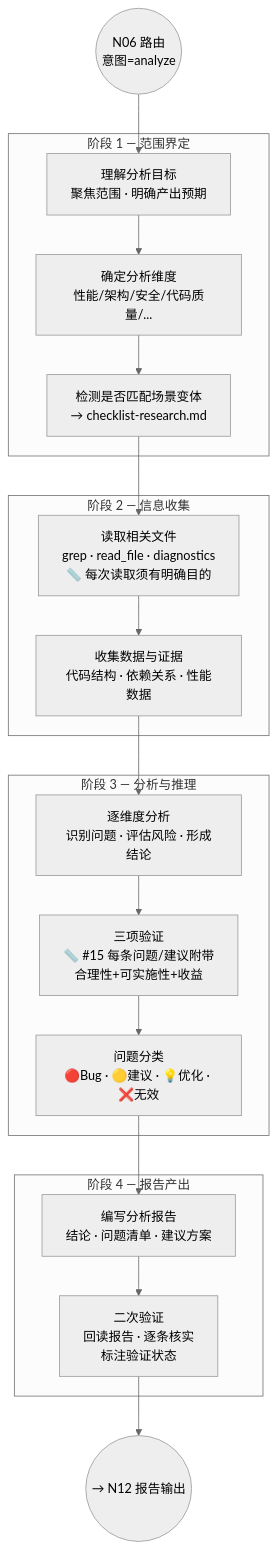
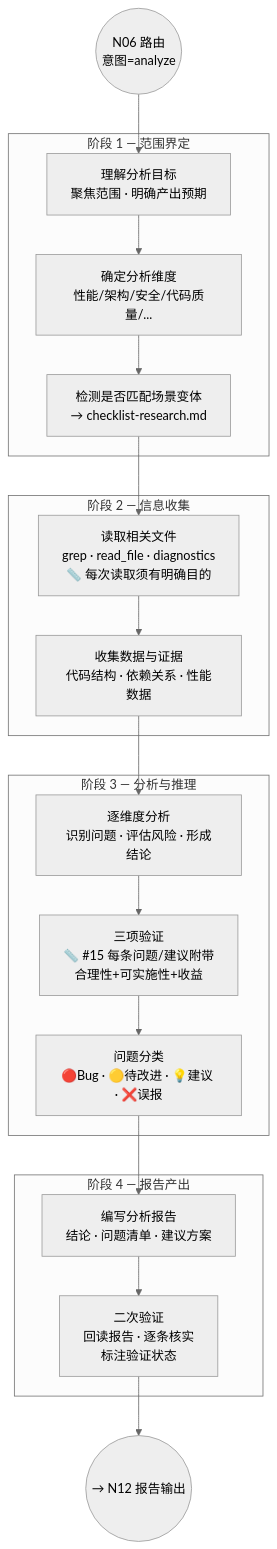
Before and after one commit to vextjs/ai-dev-guidelines: the diagram in version/v3/workflows/analyze/README.md, drawn with Mermaid (neutral theme). The commit also changed other lines of this file and 37 other files, not shown here.

````diff
--- a/version/v3/workflows/analyze/README.md
+++ b/version/v3/workflows/analyze/README.md
@@ -13,38 +13,38 @@
 ```mermaid
 flowchart TD
     ENTRY(("N06 路由<br/>意图=analyze")) --> S1
 
     subgraph PHASE1["阶段 1 — 范围界定"]
         S1["理解分析目标<br/>聚焦范围 · 明确产出预期"]
         S1 --> S1A["确定分析维度<br/>性能/架构/安全/代码质量/..."]
         S1A --> S1B["检测是否匹配场景变体<br/>→ checklist-research.md"]
     end
 
     S1B --> S2
 
     subgraph PHASE2["阶段 2 — 信息收集"]
         S2["读取相关文件<br/>grep · read_file · diagnostics<br/>📏 每次读取须有明确目的"]
         S2 --> S2A["收集数据与证据<br/>代码结构 · 依赖关系 · 性能数据"]
     end
 
     S2A --> S3
 
     subgraph PHASE3["阶段 3 — 分析与推理"]
         S3["逐维度分析<br/>识别问题 · 评估风险 · 形成结论"]
         S3 --> S3A["三项验证<br/>📏 #15 每条问题/建议附带<br/>合理性+可实施性+收益"]
-        S3A --> S3B["问题分类<br/>🔴Bug · 🟡建议 · 💡优化 · ❌无效"]
+        S3A --> S3B["问题分类<br/>🔴Bug · 🟡待改进 · 💡建议 · ❌误报"]
     end
 
     S3B --> S4
 
     subgraph PHASE4["阶段 4 — 报告产出"]
         S4["编写分析报告<br/>结论 · 问题清单 · 建议方案"]
         S4 --> S4A["二次验证<br/>回读报告 · 逐条核实<br/>标注验证状态"]
     end
 
     S4A --> EXIT(("→ N12 报告输出"))
 
     %% click URLs（GitHub 浏览跳转用，AI 读取文件请查 §10 路由表）
     %% 仓库基准: https://github.com/vextjs/ai-dev-guidelines/blob/main/version/v3/
     click S3A "https://github.com/vextjs/ai-dev-guidelines/blob/main/version/v3/RULES.md"
 ```
````
